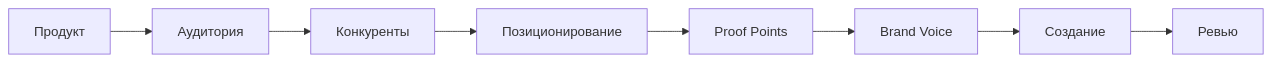
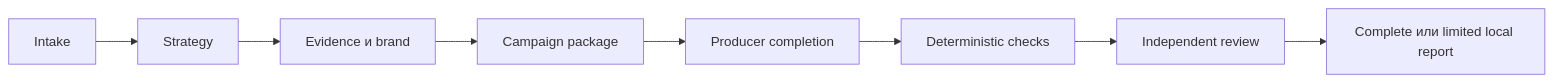
The diagram in packages/docs/src/content/docs/ru/docs/reference/workflows/marketing-campaign.mdx (moira-mcp/moira), drawn with Mermaid before and after one commit. The commit also changed other lines of this file and 122 other files, not shown here.

````diff
--- a/packages/docs/src/content/docs/ru/docs/reference/workflows/marketing-campaign.mdx
+++ b/packages/docs/src/content/docs/ru/docs/reference/workflows/marketing-campaign.mdx
@@ -18,10 +20,10 @@
 ```mermaid
 flowchart LR
-    A[Продукт] --> B[Аудитория]
-    B --> C[Конкуренты]
-    C --> D[Позиционирование]
-    D --> E[Proof Points]
-    E --> F[Brand Voice]
-    F --> G[Создание]
-    G --> H[Ревью]
+  A[Intake] --> B[Strategy]
+  B --> C[Evidence и brand]
+  C --> D[Campaign package]
+  D --> E[Producer completion]
+  E --> F[Deterministic checks]
+  F --> G[Independent review]
+  G --> H[Complete или limited local report]
 ```
````
